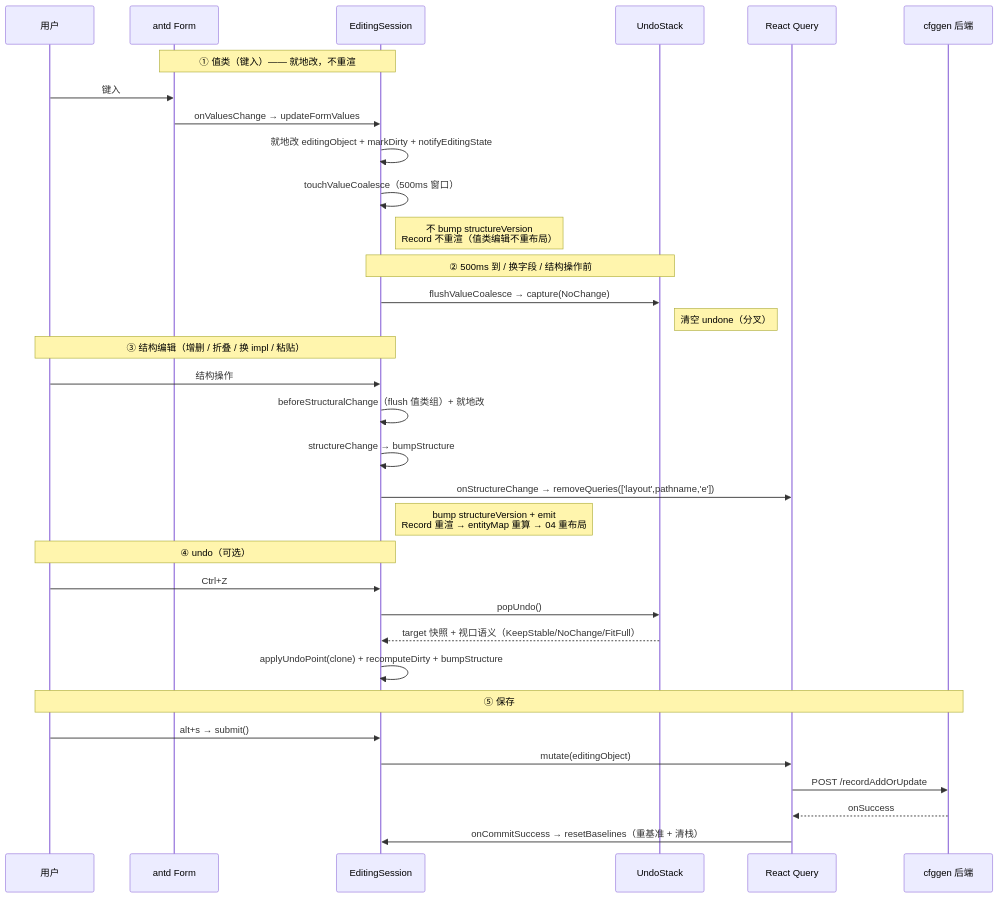
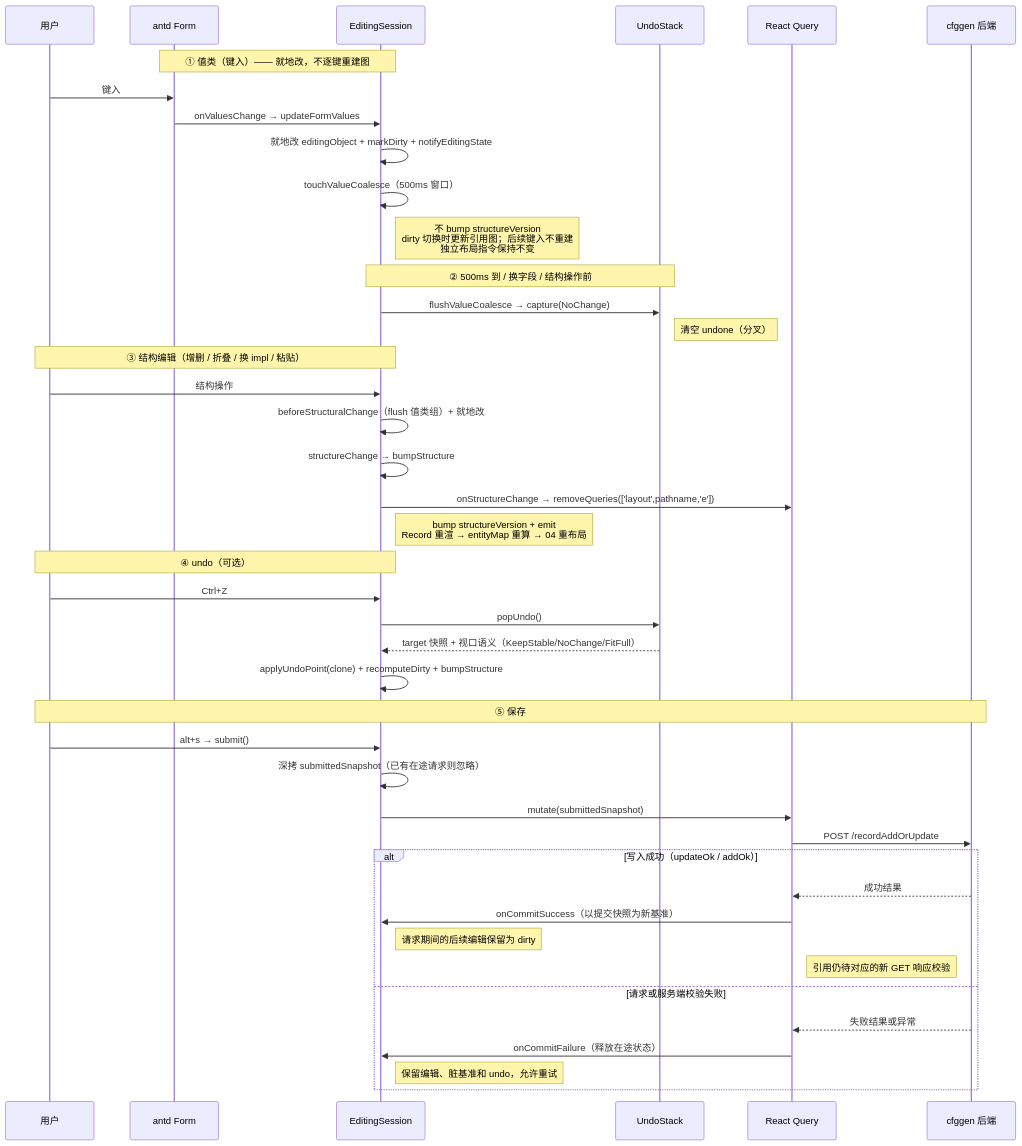
One commit to stallboy/cfggen changed the diagram in cfgeditor/docs/03-editing-session-undo.md. Above: the diagram before and after it, drawn with Mermaid. The commit also changed other lines of this file and 41 other files, not shown here.

````diff
--- a/cfgeditor/docs/03-editing-session-undo.md
+++ b/cfgeditor/docs/03-editing-session-undo.md
@@ -296,40 +303,49 @@
 ```mermaid
 sequenceDiagram
     participant U as 用户
     participant F as antd Form
     participant S as EditingSession
     participant UN as UndoStack
     participant Q as React Query
     participant B as cfggen 后端
 
-    Note over F,S: ① 值类（键入）—— 就地改，不重渲
+    Note over F,S: ① 值类（键入）—— 就地改，不逐键重建图
     U->>F: 键入
     F->>S: onValuesChange → updateFormValues
     S->>S: 就地改 editingObject + markDirty + notifyEditingState
     S->>S: touchValueCoalesce（500ms 窗口）
-    Note right of S: 不 bump structureVersion<br/>Record 不重渲（值类编辑不重布局）
+    Note right of S: 不 bump structureVersion<br/>dirty 切换时更新引用图；后续键入不重建<br/>独立布局指令保持不变
 
     Note over S,UN: ② 500ms 到 / 换字段 / 结构操作前
     S->>UN: flushValueCoalesce → capture(NoChange)
     Note right of UN: 清空 undone（分叉）
 
     Note over U,S: ③ 结构编辑（增删 / 折叠 / 换 impl / 粘贴）
     U->>S: 结构操作
     S->>S: beforeStructuralChange（flush 值类组）+ 就地改
     S->>S: structureChange → bumpStructure
     S->>Q: onStructureChange → removeQueries(['layout',pathname,'e'])
     Note right of S: bump structureVersion + emit<br/>Record 重渲 → entityMap 重算 → 04 重布局
 
     Note over U,S: ④ undo（可选）
     U->>S: Ctrl+Z
     S->>UN: popUndo()
     UN-->>S: target 快照 + 视口语义（KeepStable/NoChange/FitFull）
     S->>S: applyUndoPoint(clone) + recomputeDirty + bumpStructure
 
     Note over U,B: ⑤ 保存
     U->>S: alt+s → submit()
-    S->>Q: mutate(editingObject)
+    S->>S: 深拷 submittedSnapshot（已有在途请求则忽略）
+    S->>Q: mutate(submittedSnapshot)
     Q->>B: POST /recordAddOrUpdate
-    B-->>Q: onSuccess
-    Q->>S: onCommitSuccess → resetBaselines（重基准 + 清栈）
+    alt 写入成功（updateOk / addOk）
+        B-->>Q: 成功结果
+        Q->>S: onCommitSuccess（以提交快照为新基准）
+        Note right of S: 请求期间的后续编辑保留为 dirty
+        Note right of Q: 引用仍待对应的新 GET 响应校验
+    else 请求或服务端校验失败
+        B-->>Q: 失败结果或异常
+        Q->>S: onCommitFailure（释放在途状态）
+        Note right of S: 保留编辑、脏基准和 undo，允许重试
+    end
 ```
````
